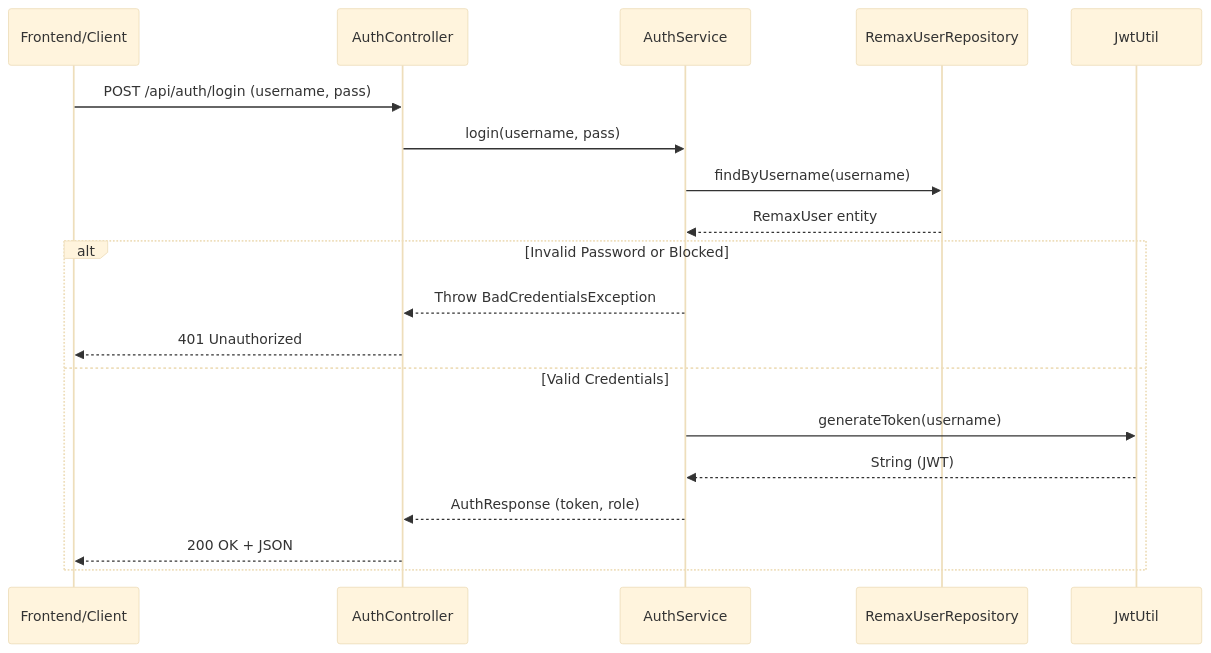
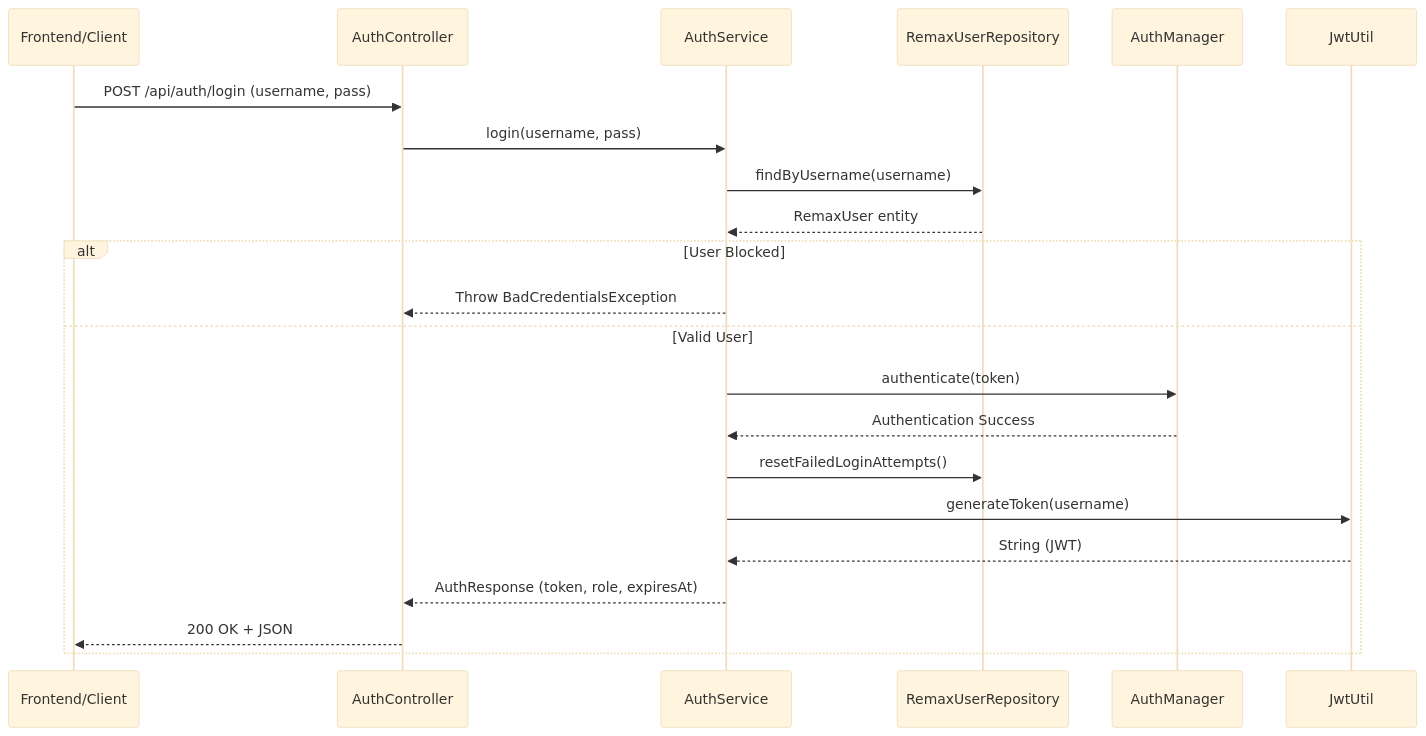
One commit to Majkle/NNPRO-REMAX-BE changed the fourth of 7 diagrams in doc/Architecture_and_Design.md. Above: the diagram before and after it, drawn with Mermaid (base theme). The commit also changed other lines of this file, not shown here.

````diff
--- a/doc/Architecture_and_Design.md
+++ b/doc/Architecture_and_Design.md
@@ -143,23 +180,26 @@
 ```mermaid
 sequenceDiagram
     participant Client as Frontend/Client
     participant AC as AuthController
     participant AS as AuthService
     participant UR as RemaxUserRepository
+    participant AM as AuthManager
     participant JWT as JwtUtil
-    
+
     Client->>AC: POST /api/auth/login (username, pass)
     AC->>AS: login(username, pass)
     AS->>UR: findByUsername(username)
     UR-->>AS: RemaxUser entity
-    
-    alt Invalid Password or Blocked
+
+    alt User Blocked
         AS-->>AC: Throw BadCredentialsException
-        AC-->>Client: 401 Unauthorized
-    else Valid Credentials
+    else Valid User
+        AS->>AM: authenticate(token)
+        AM-->>AS: Authentication Success
+        AS->>UR: resetFailedLoginAttempts()
         AS->>JWT: generateToken(username)
         JWT-->>AS: String (JWT)
-        AS-->>AC: AuthResponse (token, role)
+        AS-->>AC: AuthResponse (token, role, expiresAt)
         AC-->>Client: 200 OK + JSON
     end
 ```
````
